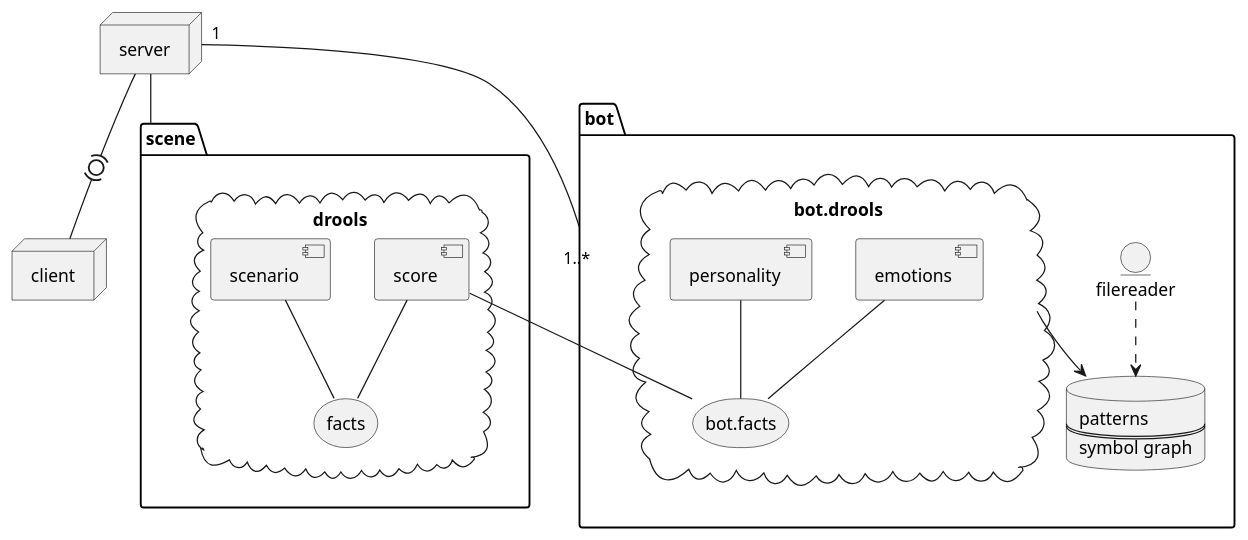
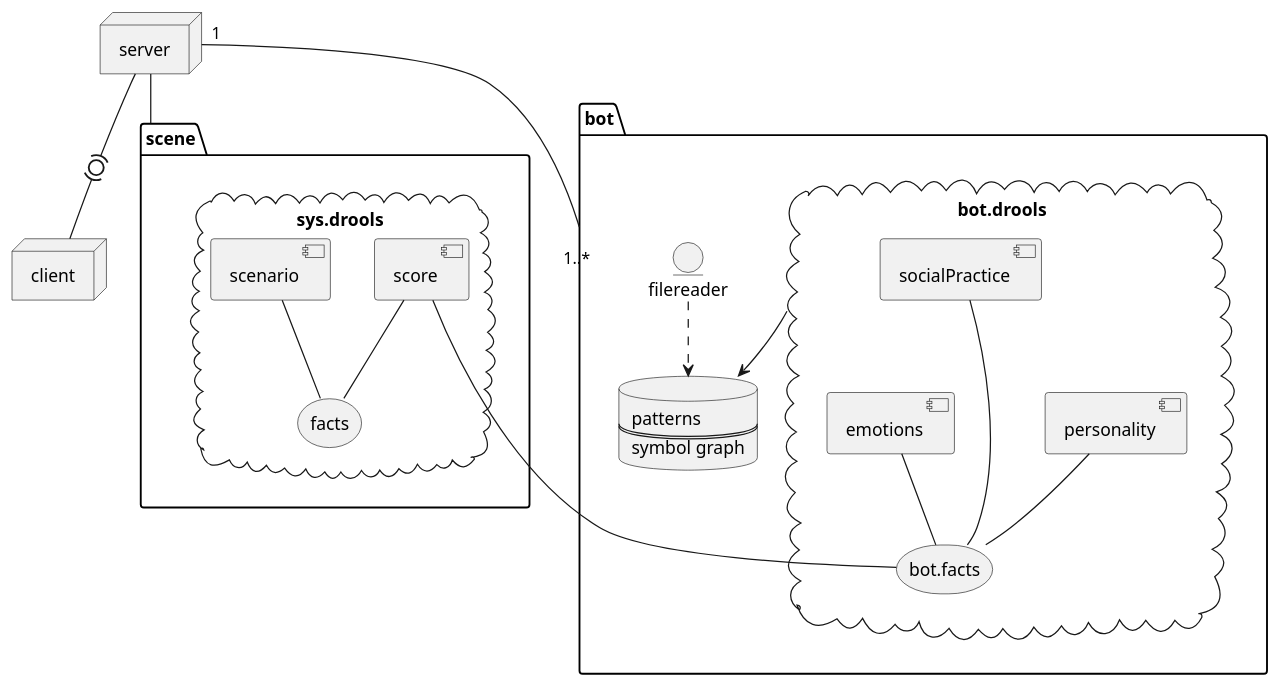
Before and after one commit to jappeace/methods-homework: diagram 20 of 20 in thesis/thesis.org, drawn with PlantUML. The commit also changed other lines of this file and 1 other file, not shown here.

```diff
--- a/thesis/thesis.org
+++ b/thesis/thesis.org
@@ -3551,37 +3561,40 @@
 #+BEGIN_SRC plantuml :cache yes :file img/uml/n-agent-arch.png :exports results
 
   folder scene{
-    cloud drools {
+    cloud sys.drools {
       component score
       component scenario
       storage facts
       scenario -- facts
       score -- facts
     }
   }
 
   folder bot{
   cloud bot.drools {
     component emotions
     component personality
+    component socialPractice
     storage bot.facts
     emotions -- bot.facts
     personality -- bot.facts
+    socialPractice -[hidden]-> emotions
     score -- bot.facts
+    socialPractice -- bot.facts
   }
   database meanings [
     patterns
     ====
     symbol graph
   ]
   entity filereader
   filereader ..> meanings
   bot.drools --> meanings
   }
   node server
   node client
 
   server "1"-- "1..*" bot
   server  -- scene
   server  -(0)- client
 #+END_SRC
```
